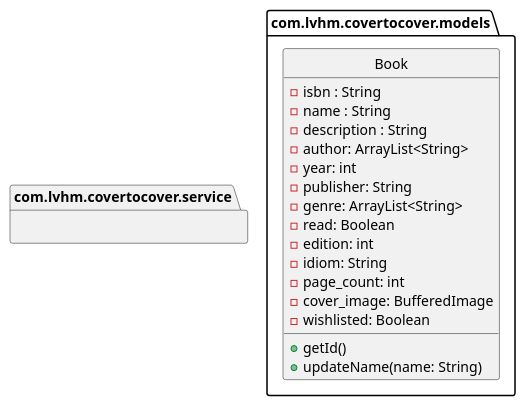
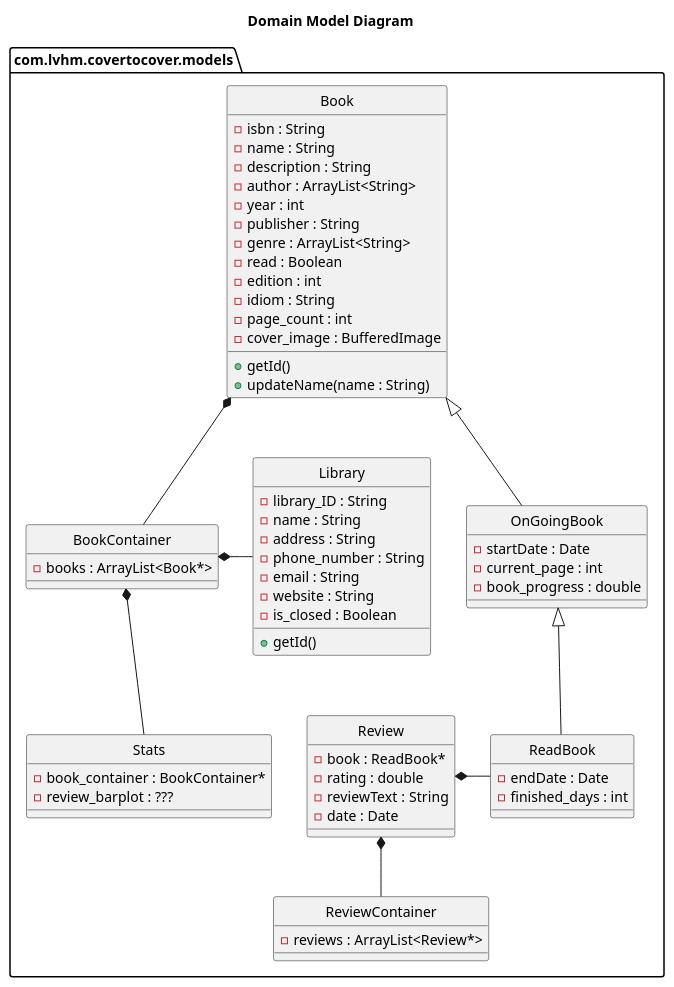
One commit to VitorHTeixeira/DSSMV_ProjectDroid_1232067_1241131_1241008 changed the diagram in UMLs/ModeloDomínio/uml/model_domínio.puml. Above: the diagram before and after it, drawn with PlantUML. The commit also changed 1 other file, not shown here.

Commit message:
Lucas & Miguel: Criação do primeiro esboço do model_domínio.puml e correção de alguns detalhes no model_classes.puml.

```diff
--- a/UMLs/ModeloDomínio/uml/model_domínio.puml
+++ b/UMLs/ModeloDomínio/uml/model_domínio.puml
@@ -1,31 +1,75 @@
 @startuml
 'https://plantuml.com/class-diagram
 
 hide circle
+title Domain Model Diagram
 
-package "com.lvhm.covertocover.models" as models_package{
+package "com.lvhm.covertocover.models" as models_package {
     class Book {
         - isbn : String
         - name : String
         - description : String
-        - author: ArrayList<String>
-        - year: int
-        - publisher: String
-        - genre: ArrayList<String>
-        - read: Boolean
-        - edition: int
-        - idiom: String
-        - page_count: int
-        - cover_image: BufferedImage
-        - wishlisted: Boolean
+        - author : ArrayList<String>
+        - year : int
+        - publisher : String
+        - genre : ArrayList<String>
+        - read : Boolean
+        - edition : int
+        - idiom : String
+        - page_count : int
+        - cover_image : BufferedImage
         + getId()
-        + updateName(name: String)
+        + updateName(name : String)
+    }
+    class OnGoingBook {
+        - startDate : Date
+        - current_page : int
+        - book_progress : double
+    }
+    class ReadBook {
+        - endDate : Date
+        - finished_days : int
+    }
+    class Review {
+        - book : ReadBook*
+        - rating : double
+        - reviewText : String
+        - date : Date
+    }
+    class Stats {
+        - book_container : BookContainer*
+        - review_barplot : ???
+    }
+    class Library {
+        - library_ID : String
+        - name : String
+        - address : String
+        - phone_number : String
+        - email : String
+        - website : String
+        - is_closed : Boolean
+        + getId()
+    }
+    ' class WishlistedBook {
+    '     - book : Book
+    ' }
+    ' class WishlistContainer {
+    '     - wishlisted_books : ArrayList<Book*>
+    ' }
+    class BookContainer {
+        - books : ArrayList<Book*>
+    }
+    class ReviewContainer {
+        - reviews : ArrayList<Review*>
     }
 }
 
-package "com.lvhm.covertocover.service" as service_package {
-
-}
-
+Book <|-- OnGoingBook
+OnGoingBook <|-- ReadBook
+Review *- ReadBook
+Review *-- ReviewContainer
+Book *-- BookContainer
+BookContainer *-- Stats
+BookContainer *- Library
 
 @enduml
```
